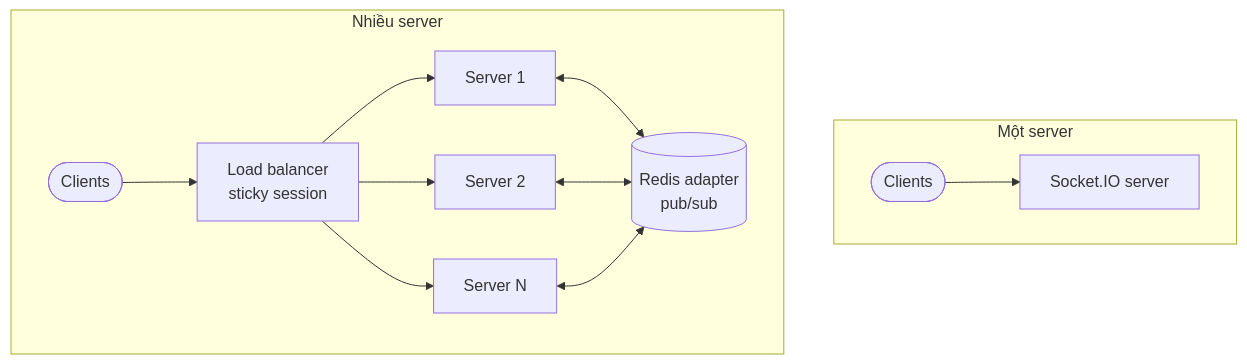
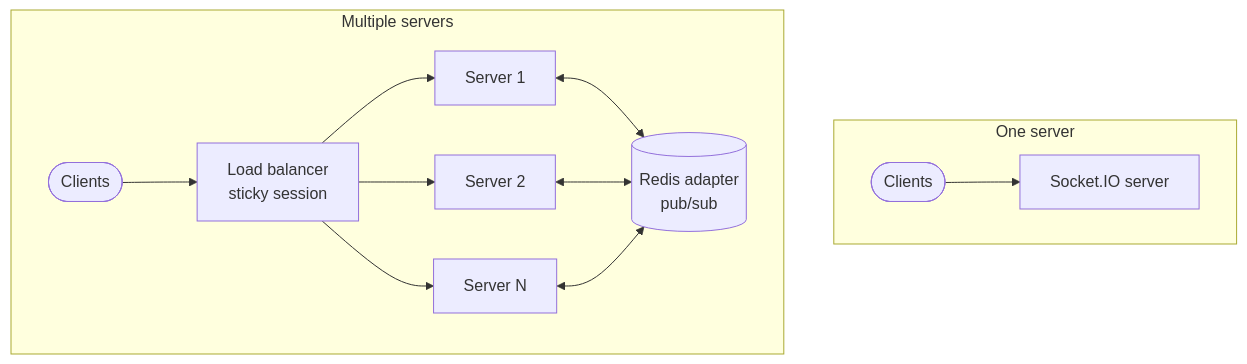
The second of 2 diagrams in docs/technologies/js/api/socket-io.mdx (sunflynf/web-notes), drawn with Mermaid before and after one commit. The commit also changed other lines of this file and 33 other files, not shown here.

````diff
--- a/docs/technologies/js/api/socket-io.mdx
+++ b/docs/technologies/js/api/socket-io.mdx
@@ -102,11 +102,11 @@
 ```mermaid
 flowchart TB
-  subgraph Single[Một server]
+  subgraph Single[One server]
     C1([Clients]) --> S1[Socket.IO server]
   end
-  subgraph Multi[Nhiều server]
+  subgraph Multi[Multiple servers]
     C2([Clients]) --> LB[Load balancer<br/>sticky session]
     LB --> N1[Server 1] & N2[Server 2] & N3[Server N]
     N1 & N2 & N3 <--> R[(Redis adapter<br/>pub/sub)]
   end
 ```
````
